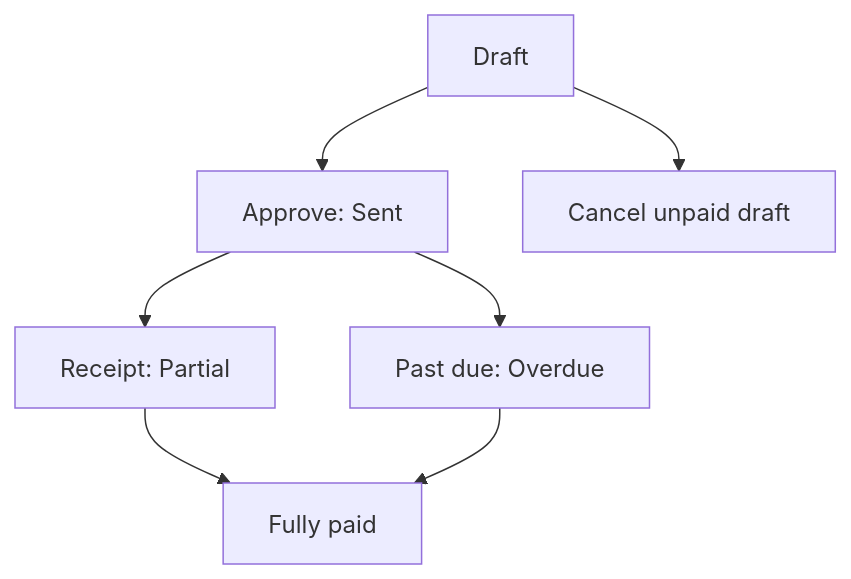
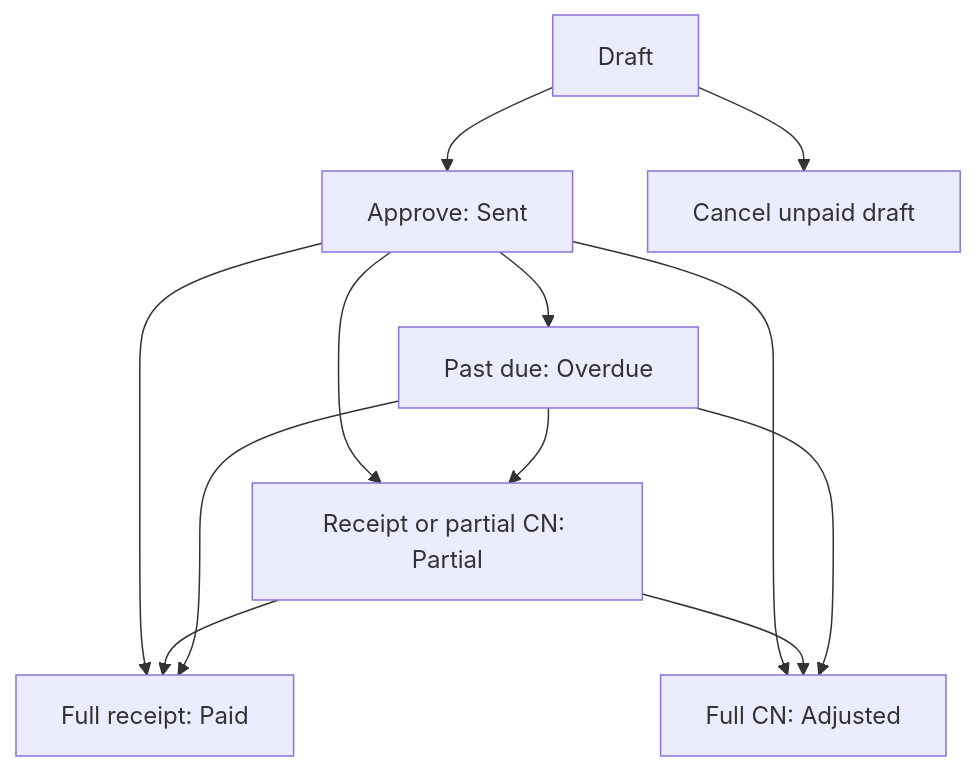
Before and after one commit to Aurifex-Innovations/ERP_docs: the tenth of 16 diagrams in v0_final_docs/Accounts/invoicing.md, drawn with Mermaid. The commit also changed other lines of this file, not shown here.

````diff
--- a/v0_final_docs/Accounts/invoicing.md
+++ b/v0_final_docs/Accounts/invoicing.md
@@ -443,9 +475,14 @@
 ```mermaid
 flowchart TD
   draft["Draft"] --> sent["Approve: Sent"]
-  sent --> partial["Receipt: Partial"]
-  partial --> paid["Fully paid"]
+  sent --> partial["Receipt or partial CN: Partial"]
+  sent --> paid["Full receipt: Paid"]
+  sent --> adjusted["Full CN: Adjusted"]
+  partial --> paid
+  partial --> adjusted
   sent --> overdue["Past due: Overdue"]
+  overdue --> partial
   overdue --> paid
+  overdue --> adjusted
   draft --> cancelled["Cancel unpaid draft"]
 ```
````
